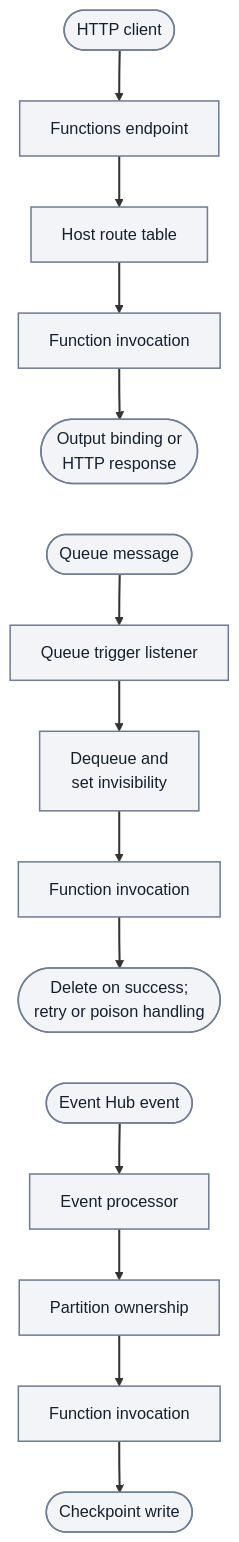
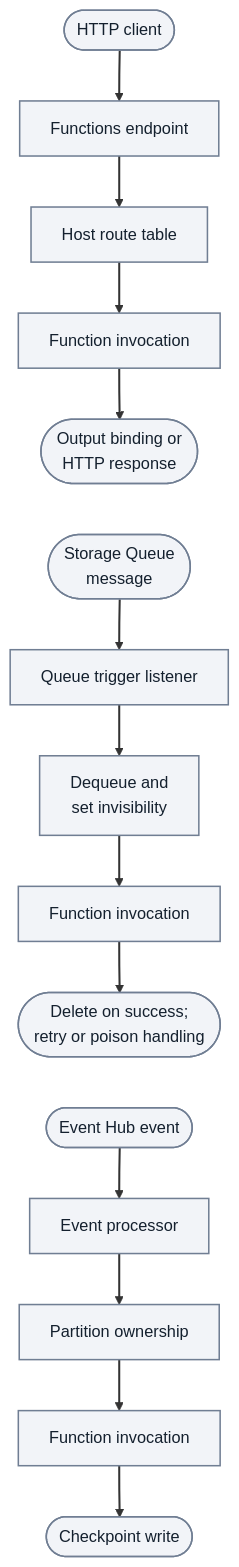
Before and after one commit to yeongseon/azure-functions-practical-guide: the third of 10 diagrams in docs/troubleshooting/architecture-components-reference.md, drawn with Mermaid.

Commit message:
docs(diagrams): make Storage Queue scope visible
Qualify the queue source in the trigger-stage comparison without changing
any other shared-page byte or processing relationship.

Refs #277

````diff
--- a/docs/troubleshooting/architecture-components-reference.md
+++ b/docs/troubleshooting/architecture-components-reference.md
@@ -305,25 +305,25 @@
 ```mermaid
 flowchart TD
     accTitle: Logical processing stages by trigger type
     accDescr: Three separate illustrative stage paths compare HTTP routing and response, Storage Queue listener and visibility-based processing with delete, retry or poison handling, and Event Hubs processing with partition ownership and checkpoints. Arrows show logical stage order, not connection initiators or a guaranteed internal protocol; the paths are not connected to one another.
     A(["HTTP client"]) --> B["Functions endpoint"]
     B --> C["Host route table"]
     C --> D["Function invocation"]
     D --> E(["Output binding or<br/>HTTP response"])
 
-    F(["Queue message"]) --> G["Queue trigger listener"]
+    F(["Storage Queue<br/>message"]) --> G["Queue trigger listener"]
     G --> H["Dequeue and<br/>set invisibility"]
     H --> I["Function invocation"]
     I --> J(["Delete on success;<br/>retry or poison handling"])
 
     K(["Event Hub event"]) --> L["Event processor"]
     L --> M["Partition ownership"]
     M --> N["Function invocation"]
     N --> O(["Checkpoint write"])
     %% Layout-only links stack independent paths; they add no processing steps or arrows.
     E ~~~ F
     J ~~~ K
     classDef baseNeutral fill:#f2f4f8,stroke:#707e93,stroke-width:1.5px,color:#14202e;
     class A,B,C,D,E,F,G,H,I,J,K,L,M,N,O baseNeutral;
     linkStyle default stroke-width:2px;
 ```
````
